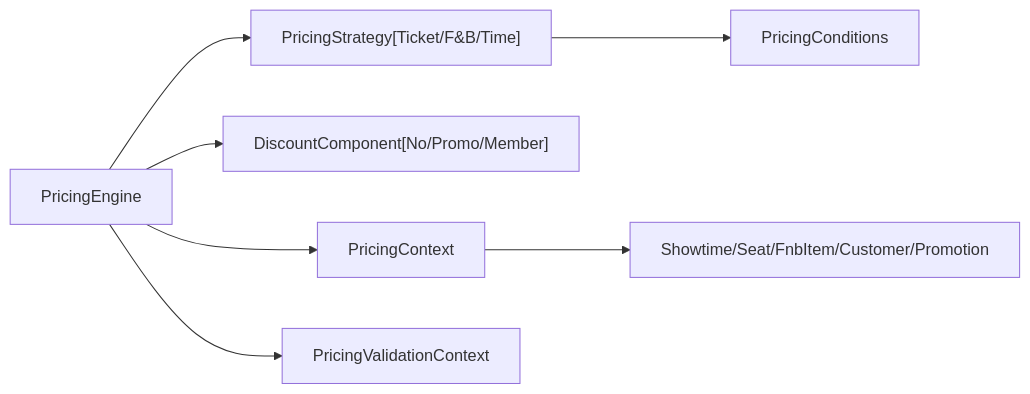
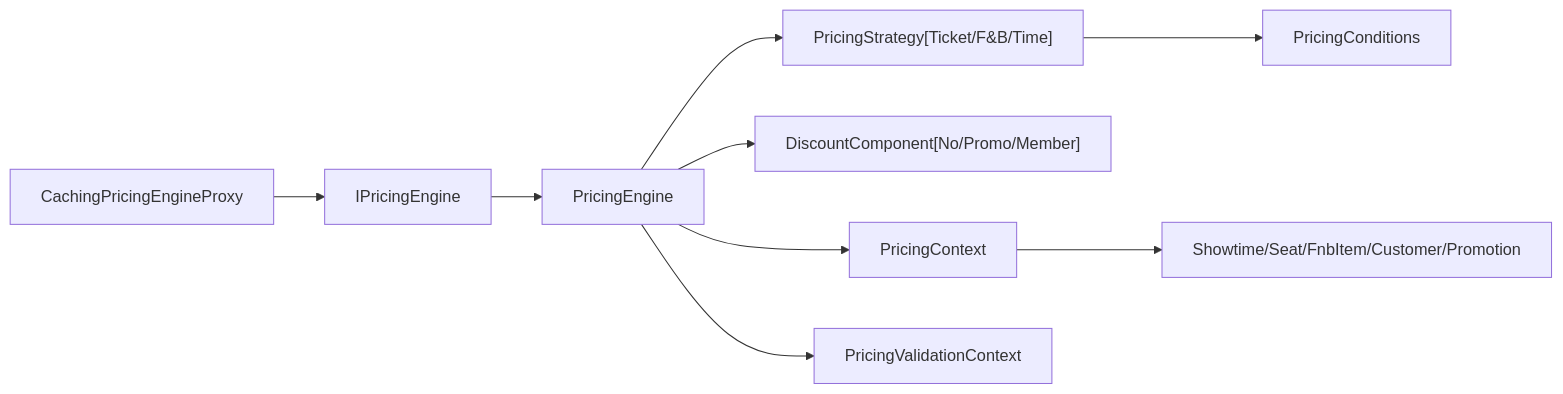
One commit to anhtudayne/Design_Pattern changed the ninth of 9 diagrams in .qoder/repowiki/en/content/Core Features Implementation/Dynamic Pricing Engine.md. Above: the diagram before and after it, drawn with Mermaid. The commit also changed other lines of this file and 101 other files, not shown here.

````diff
--- a/.qoder/repowiki/en/content/Core Features Implementation/Dynamic Pricing Engine.md
+++ b/.qoder/repowiki/en/content/Core Features Implementation/Dynamic Pricing Engine.md
@@ -439,9 +517,11 @@
 ```mermaid
 graph LR
 PE["PricingEngine"] --> STRAT["PricingStrategy[Ticket/F&B/Time]"]
 PE --> DECOR["DiscountComponent[No/Promo/Member]"]
 PE --> CTX["PricingContext"]
 PE --> VAL["PricingValidationContext"]
 STRAT --> SPEC["PricingConditions"]
 CTX --> ENT["Showtime/Seat/FnbItem/Customer/Promotion"]
+IPS["IPricingEngine"] --> PE
+CPEP["CachingPricingEngineProxy"] --> IPS
 ```
````
